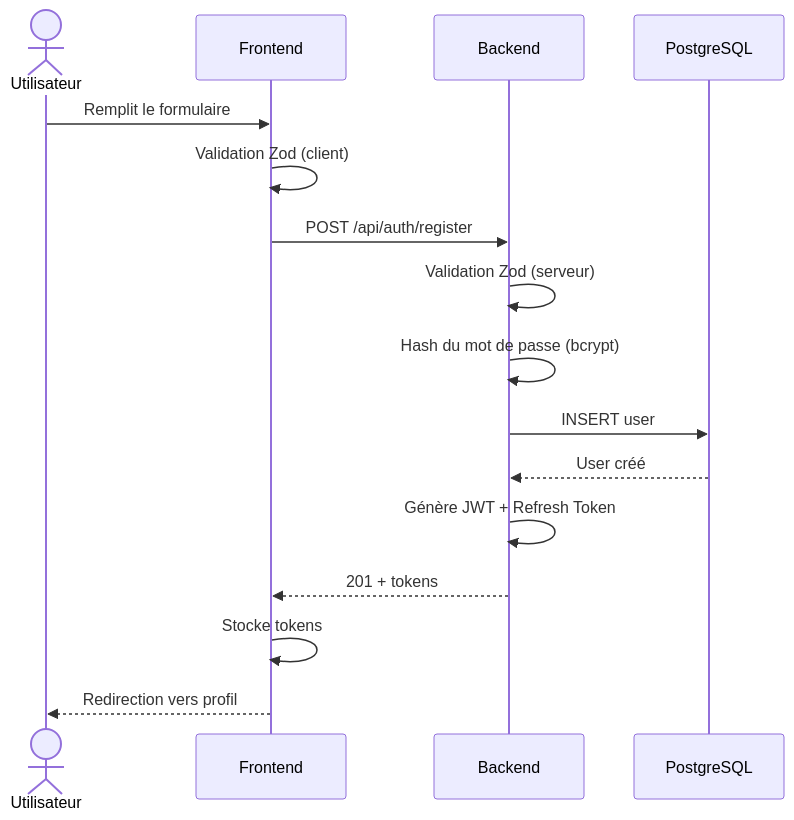
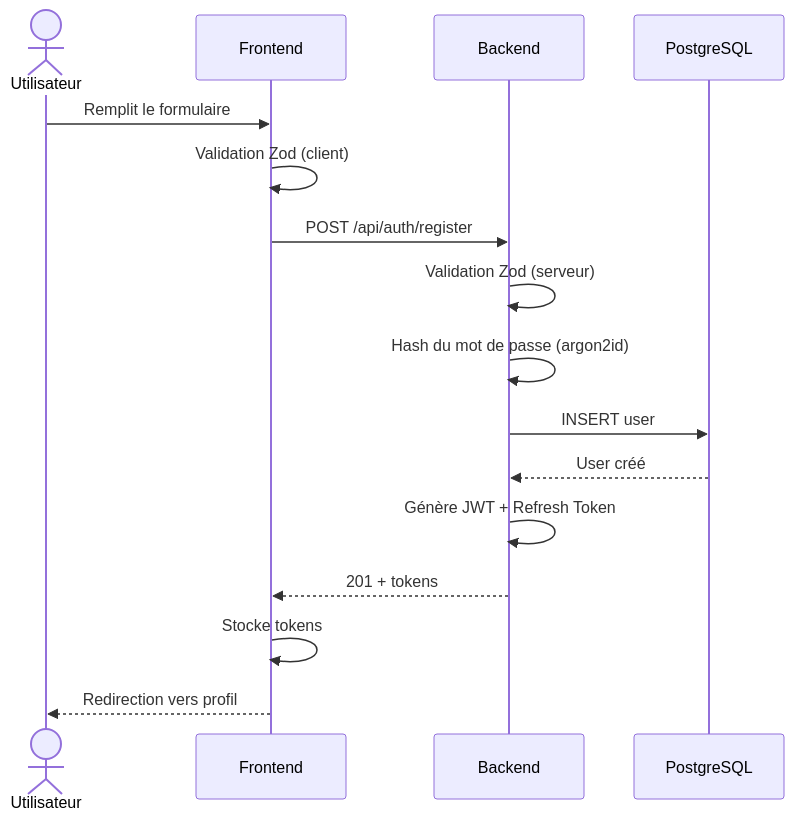
Before and after one commit to Sojeremy/documentation-skillswap: the third of 4 diagrams in docs/documentation-implementation/arc42/03-context/index.md, drawn with Mermaid. The commit also changed 9 other files, not shown here.

````diff
--- a/docs/documentation-implementation/arc42/03-context/index.md
+++ b/docs/documentation-implementation/arc42/03-context/index.md
@@ -86,19 +86,19 @@
 ```mermaid
 sequenceDiagram
     actor U as Utilisateur
     participant F as Frontend
     participant B as Backend
     participant DB as PostgreSQL
 
     U->>F: Remplit le formulaire
     F->>F: Validation Zod (client)
     F->>B: POST /api/auth/register
     B->>B: Validation Zod (serveur)
-    B->>B: Hash du mot de passe (bcrypt)
+    B->>B: Hash du mot de passe (argon2id)
     B->>DB: INSERT user
     DB-->>B: User créé
     B->>B: Génère JWT + Refresh Token
     B-->>F: 201 + tokens
     F->>F: Stocke tokens
     F-->>U: Redirection vers profil
 ```
````
